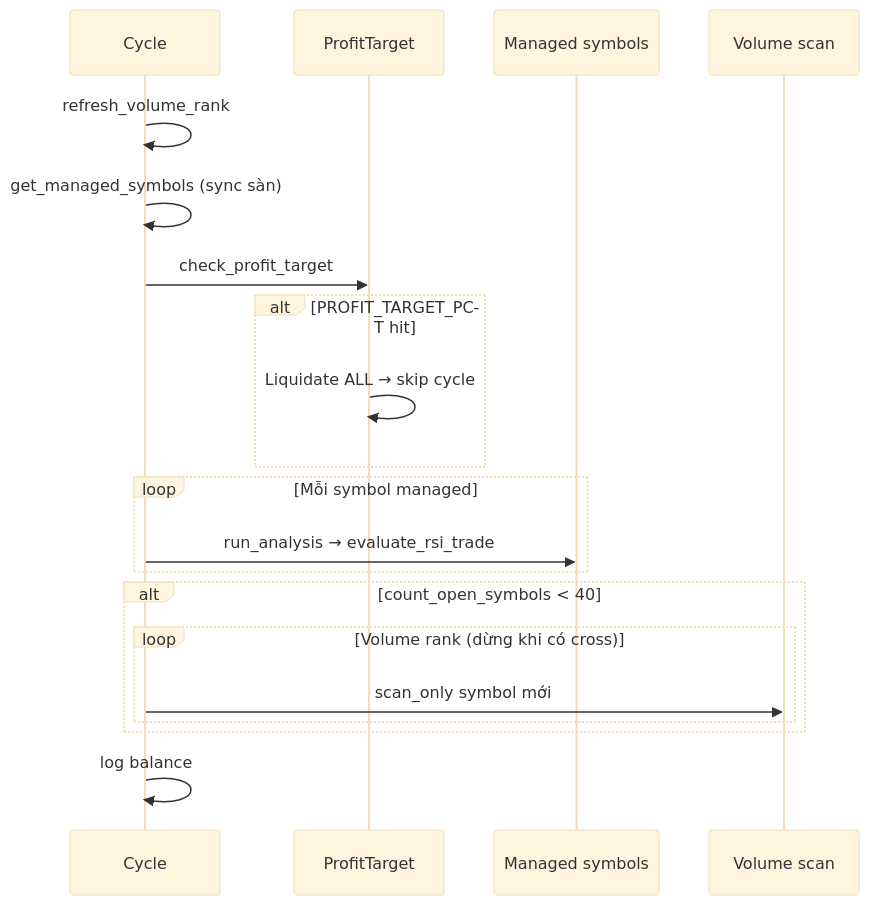
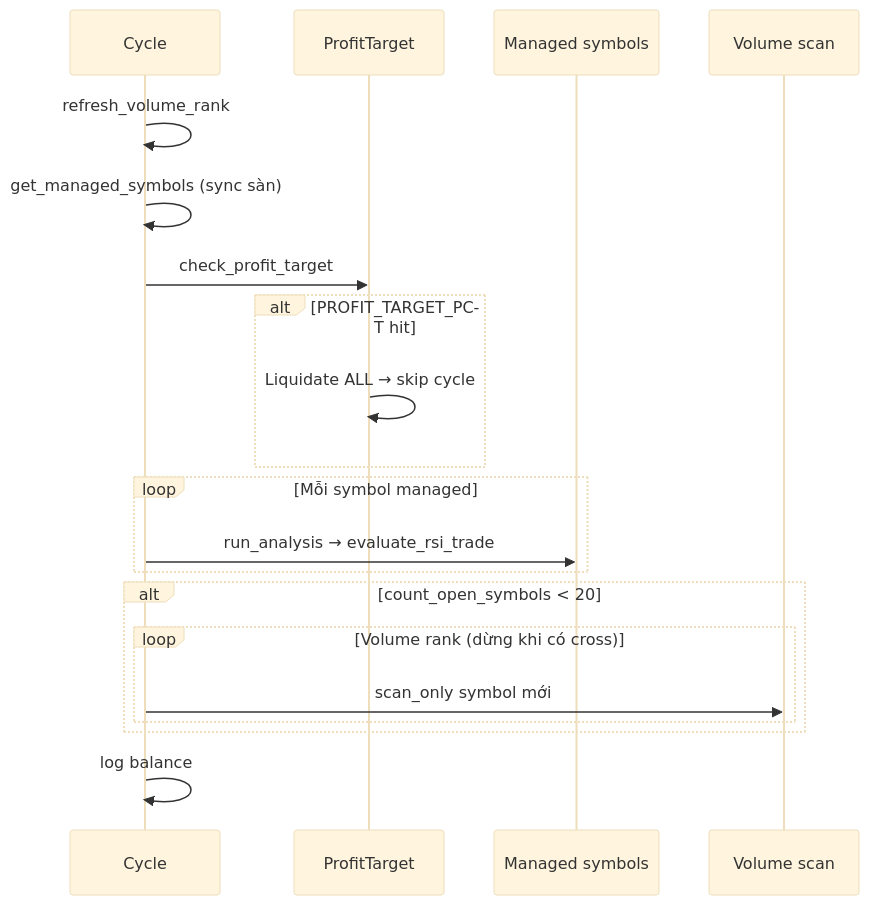
Before and after one commit to vnbees/ema-follow: the second of 3 diagrams in docs/BOT_LOGIC.md, drawn with Mermaid (base theme). The commit also changed other lines of this file and 28 other files, not shown here.

````diff
--- a/docs/BOT_LOGIC.md
+++ b/docs/BOT_LOGIC.md
@@ -52,23 +76,23 @@
 ```mermaid
 sequenceDiagram
     participant C as Cycle
     participant P as ProfitTarget
     participant M as Managed symbols
     participant S as Volume scan
 
     C->>C: refresh_volume_rank
     C->>C: get_managed_symbols (sync sàn)
     C->>P: check_profit_target
     alt PROFIT_TARGET_PCT hit
         P->>P: Liquidate ALL → skip cycle
     end
     loop Mỗi symbol managed
         C->>M: run_analysis → evaluate_rsi_trade
     end
-    alt count_open_symbols < 40
+    alt count_open_symbols < 20
         loop Volume rank (dừng khi có cross)
             C->>S: scan_only symbol mới
         end
     end
     C->>C: log balance
 ```
````
